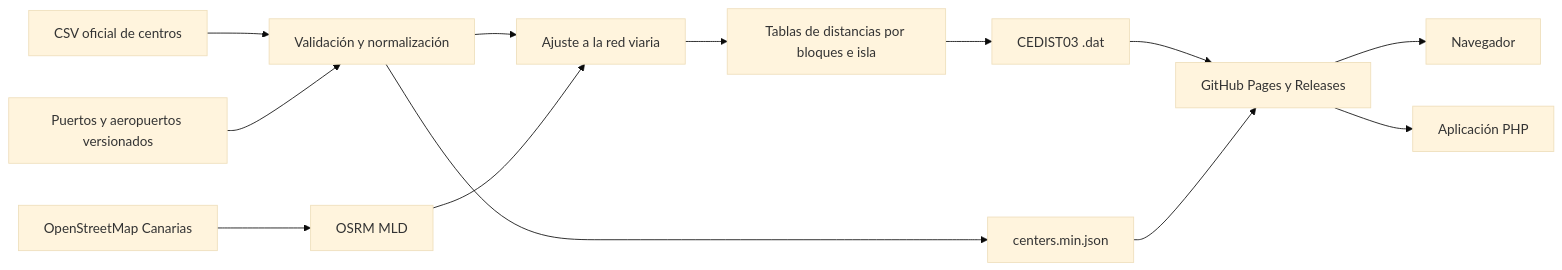
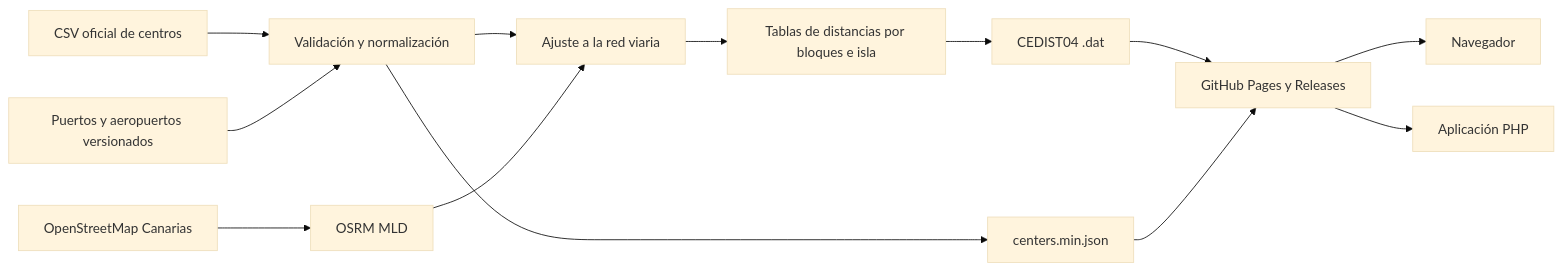
One commit to ateeducacion/distancias_centros_educativos_canarias changed the diagram in docs/architecture.md. Above: the diagram before and after it, drawn with Mermaid (base theme). The commit also changed other lines of this file and 43 other files, not shown here.

````diff
--- a/docs/architecture.md
+++ b/docs/architecture.md
@@ -5,15 +5,15 @@
 ```mermaid
 flowchart LR
     A[CSV oficial de centros] --> C[Validación y normalización]
     B[Puertos y aeropuertos versionados] --> C
     D[OpenStreetMap Canarias] --> E[OSRM MLD]
     C --> F[Ajuste a la red viaria]
     E --> F
     F --> G[Tablas de distancias por bloques e isla]
-    G --> H[CEDIST03 .dat]
+    G --> H[CEDIST04 .dat]
     C --> I[centers.min.json]
     H --> J[GitHub Pages y Releases]
     I --> J
     J --> K[Navegador]
     J --> L[Aplicación PHP]
 ```
````
